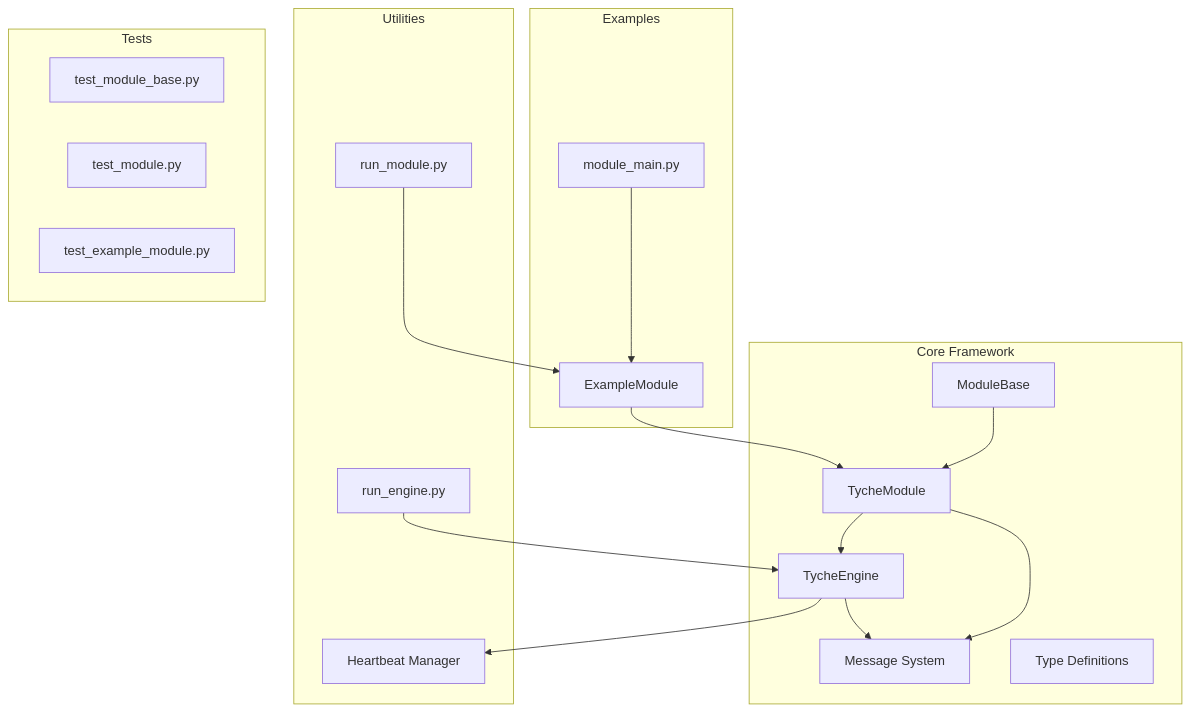
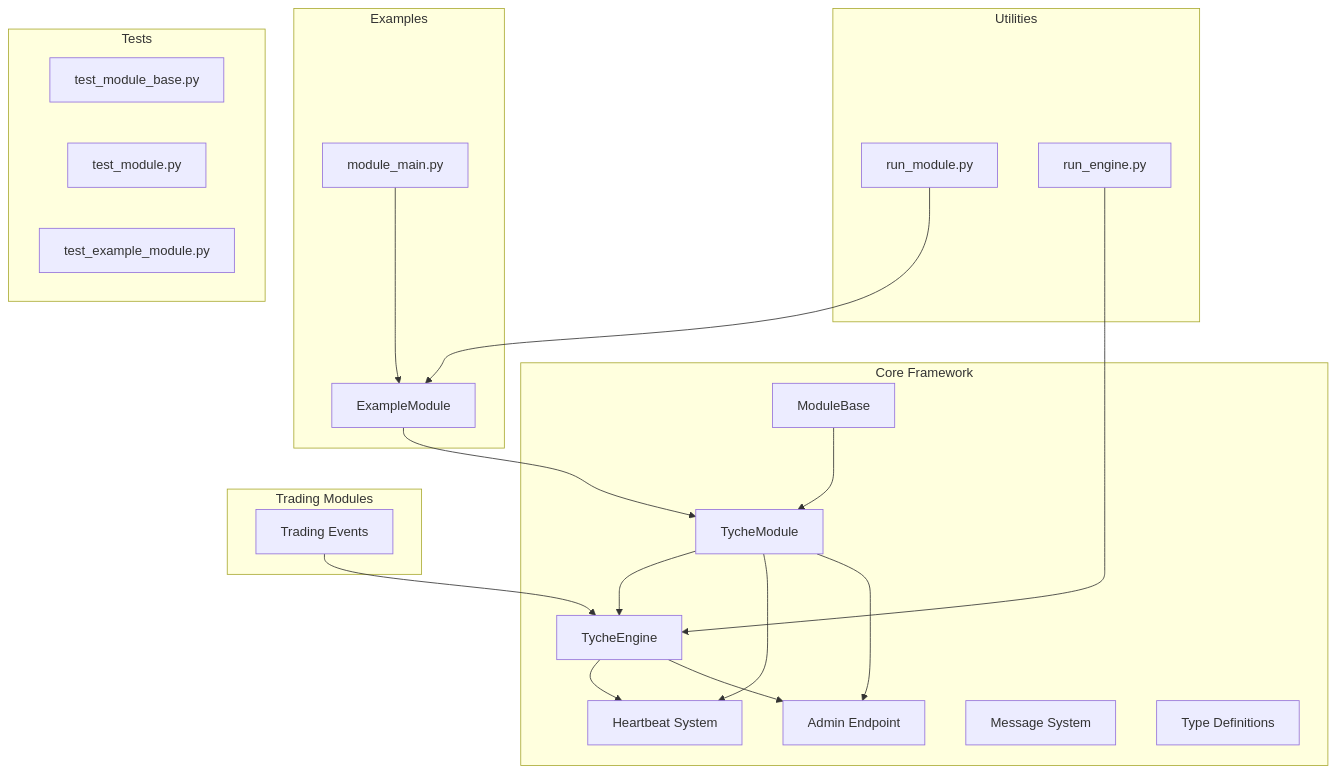
The first of 8 diagrams in .qoder/repowiki/en/content/Core Components/TycheModule System.md (zt281/TycheEngine), drawn with Mermaid before and after one commit. The commit also changed other lines of this file and 34 other files, not shown here.

````diff
--- a/.qoder/repowiki/en/content/Core Components/TycheModule System.md
+++ b/.qoder/repowiki/en/content/Core Components/TycheModule System.md
@@ -55,33 +55,39 @@
 ```mermaid
 graph TB
 subgraph "Core Framework"
 MB[ModuleBase]
 TM[TycheModule]
 ENG[TycheEngine]
+HB[Heartbeat System]
+ADM[Admin Endpoint]
 MSG[Message System]
 TYP[Type Definitions]
 end
 subgraph "Examples"
 EM[ExampleModule]
 MM[module_main.py]
 end
+subgraph "Trading Modules"
+TEV[Trading Events]
+end
 subgraph "Utilities"
-HB[Heartbeat Manager]
 RUNM[run_module.py]
 RUNE[run_engine.py]
 end
 subgraph "Tests"
 TMB[test_module_base.py]
 TMU[test_module.py]
 TEM[test_example_module.py]
 end
 MB --> TM
 TM --> ENG
-TM --> MSG
-ENG --> MSG
+TM --> HB
+TM --> ADM
 ENG --> HB
+ENG --> ADM
 EM --> TM
+TEV --> ENG
 MM --> EM
 RUNM --> EM
 RUNE --> ENG
 ```
````
